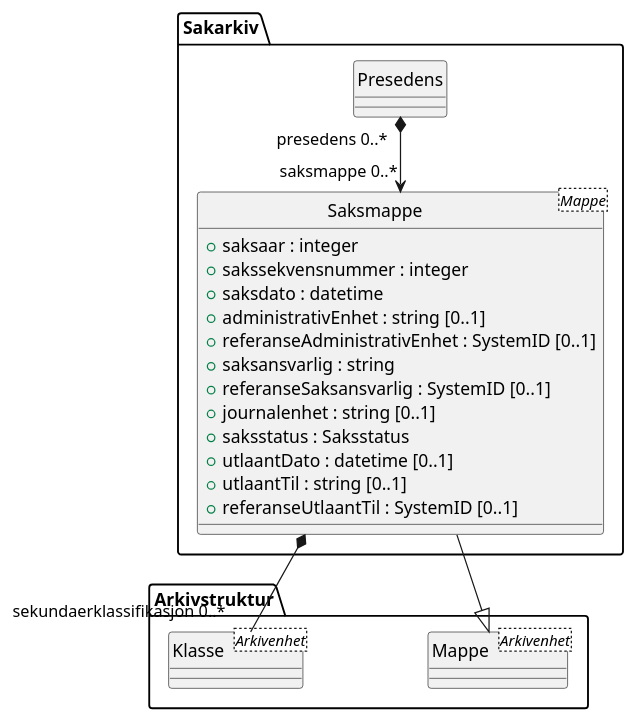
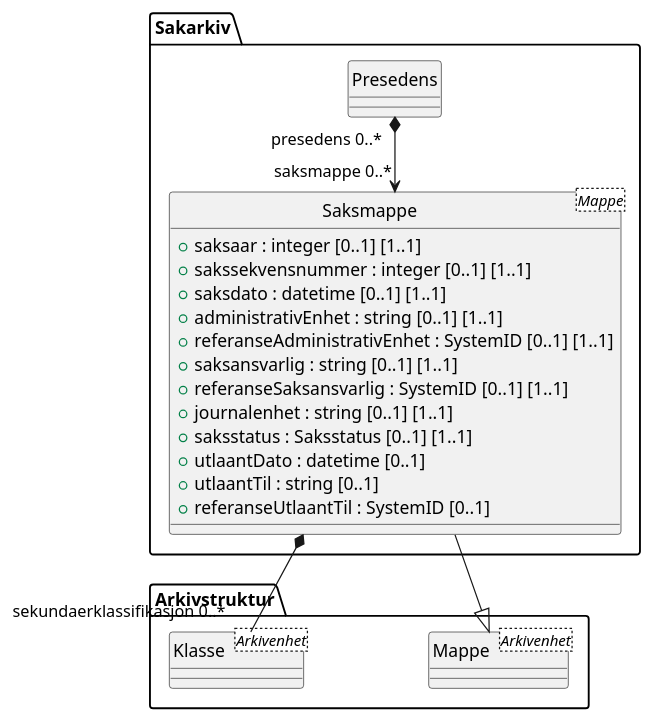
Before and after one commit to arkivverket/noark5-tjenestegrensesnitt-standard: the diagram in kapitler/media/uml-class-saksmappe.puml, drawn with PlantUML. The commit also changed 91 other files, not shown here.

```diff
--- a/kapitler/media/uml-class-saksmappe.puml
+++ b/kapitler/media/uml-class-saksmappe.puml
@@ -1,27 +1,27 @@
 @startuml
 skinparam nodesep 100
 hide circle
 class Sakarkiv.Saksmappe <Mappe> {
-  +saksaar : integer
-  +sakssekvensnummer : integer
-  +saksdato : datetime
-  +administrativEnhet : string [0..1]
-  +referanseAdministrativEnhet : SystemID [0..1]
-  +saksansvarlig : string
-  +referanseSaksansvarlig : SystemID [0..1]
-  +journalenhet : string [0..1]
-  +saksstatus : Saksstatus
+  +saksaar : integer [0..1] [1..1]
+  +sakssekvensnummer : integer [0..1] [1..1]
+  +saksdato : datetime [0..1] [1..1]
+  +administrativEnhet : string [0..1] [1..1]
+  +referanseAdministrativEnhet : SystemID [0..1] [1..1]
+  +saksansvarlig : string [0..1] [1..1]
+  +referanseSaksansvarlig : SystemID [0..1] [1..1]
+  +journalenhet : string [0..1] [1..1]
+  +saksstatus : Saksstatus [0..1] [1..1]
   +utlaantDato : datetime [0..1]
   +utlaantTil : string [0..1]
   +referanseUtlaantTil : SystemID [0..1]
 }
 class Arkivstruktur.Mappe <Arkivenhet> {
 }
 Arkivstruktur.Mappe <|-- Sakarkiv.Saksmappe
 class Sakarkiv.Presedens {
 }
 Sakarkiv.Presedens "presedens 0..*" *--> "saksmappe 0..*" Sakarkiv.Saksmappe
 class Arkivstruktur.Klasse <Arkivenhet> {
 }
 Sakarkiv.Saksmappe *-- "sekundaerklassifikasjon 0..*" Arkivstruktur.Klasse
 @enduml
```
